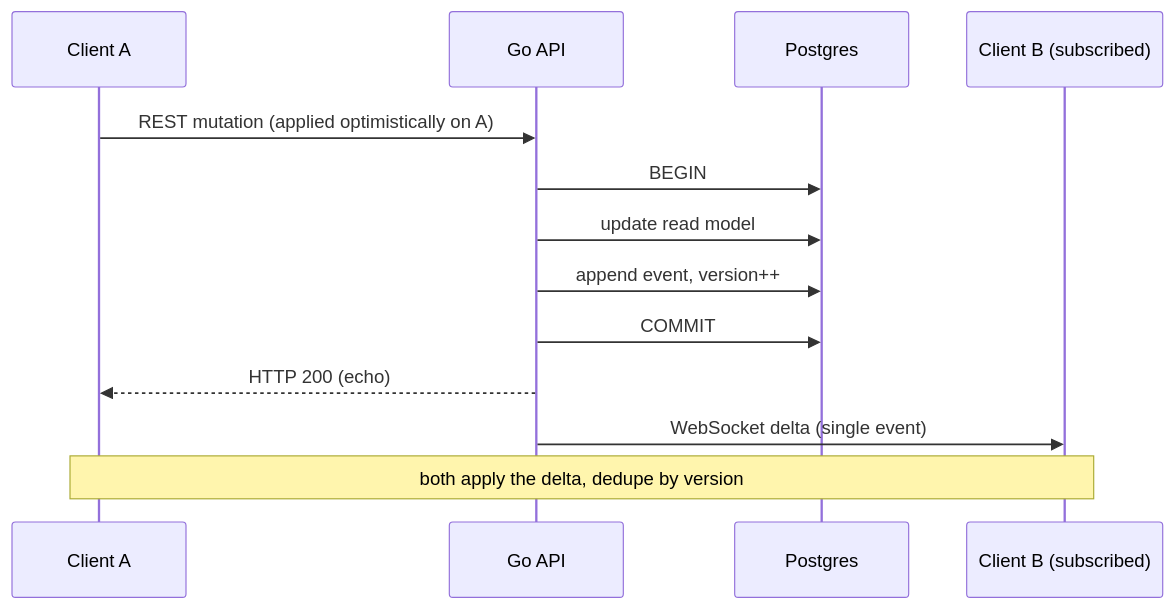
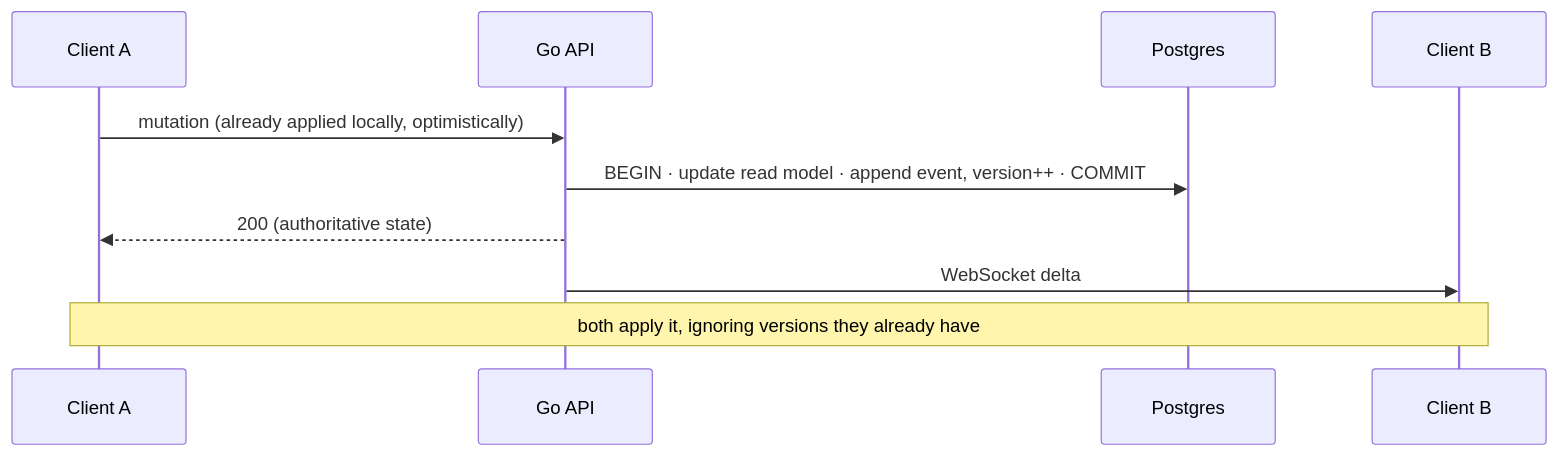
The second of 3 diagrams in README.md (AkashRupapara/taskflow), drawn with Mermaid before and after one commit. The commit also changed other lines of this file, not shown here.

````diff
--- a/README.md
+++ b/README.md
@@ -81,16 +107,13 @@
 ```mermaid
 sequenceDiagram
   participant A as Client A
   participant API as Go API
   participant DB as Postgres
-  participant B as Client B (subscribed)
+  participant B as Client B
 
-  A->>API: REST mutation (applied optimistically on A)
-  API->>DB: BEGIN
-  API->>DB: update read model
-  API->>DB: append event, version++
-  API->>DB: COMMIT
-  API-->>A: HTTP 200 (echo)
-  API->>B: WebSocket delta (single event)
-  Note over A,B: both apply the delta, dedupe by version
+  A->>API: mutation (already applied locally, optimistically)
+  API->>DB: BEGIN · update read model · append event, version++ · COMMIT
+  API-->>A: 200 (authoritative state)
+  API->>B: WebSocket delta
+  Note over A,B: both apply it, ignoring versions they already have
 ```
````
